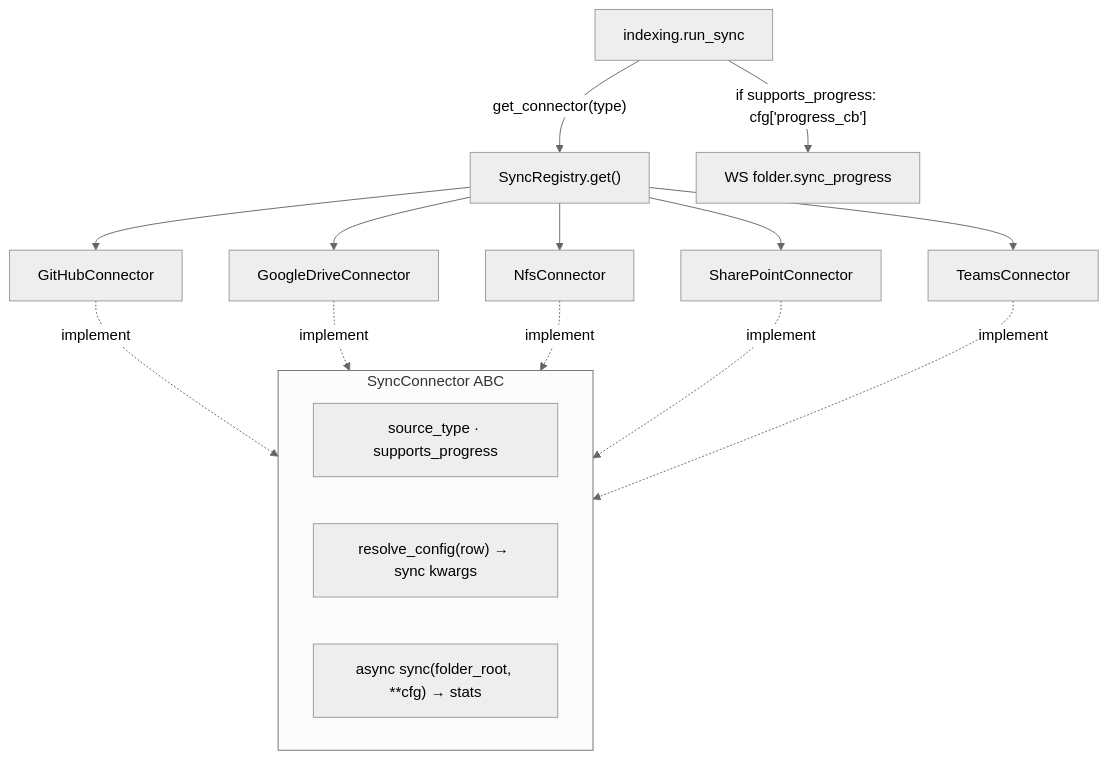
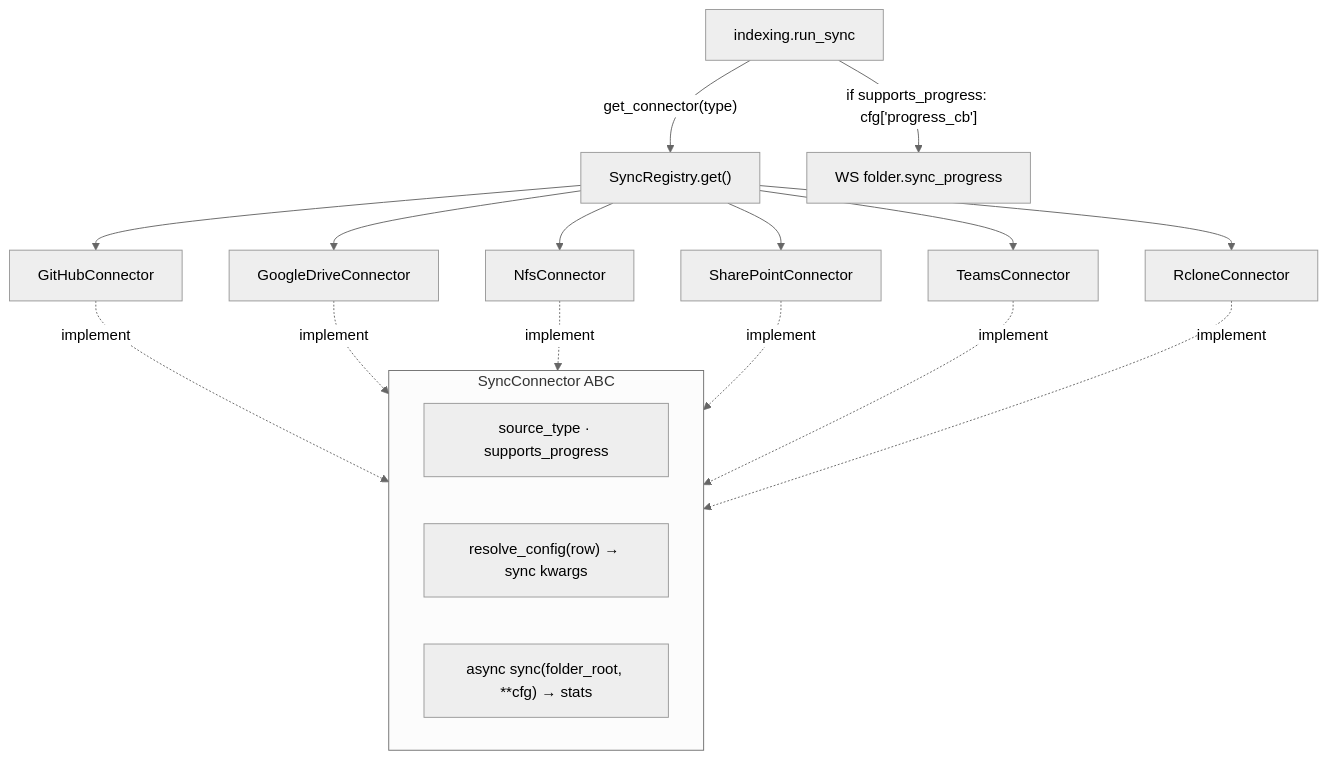
One commit to voitta-ai/voitta-rag-enterprise changed diagram 16 of 19 in docs/OPERATIONS.md. Above: the diagram before and after it, drawn with Mermaid (neutral theme). The commit also changed other lines of this file and 14 other files, not shown here.

````diff
--- a/docs/OPERATIONS.md
+++ b/docs/OPERATIONS.md
@@ -834,12 +885,12 @@
 ```mermaid
 flowchart TB
     RS["indexing.run_sync"] -->|"get_connector(type)"| REG["SyncRegistry.get()"]
-    REG --> C1["GitHubConnector"] & C2["GoogleDriveConnector"] & C3["NfsConnector"] & C4["SharePointConnector"] & C5["TeamsConnector"]
+    REG --> C1["GitHubConnector"] & C2["GoogleDriveConnector"] & C3["NfsConnector"] & C4["SharePointConnector"] & C5["TeamsConnector"] & C6["RcloneConnector"]
     subgraph contract["SyncConnector ABC"]
         M1["source_type · supports_progress"]
         M2["resolve_config(row) → sync kwargs"]
         M3["async sync(folder_root, **cfg) → stats"]
     end
-    C1 & C2 & C3 & C4 & C5 -.implement.-> contract
+    C1 & C2 & C3 & C4 & C5 & C6 -.implement.-> contract
     RS -->|"if supports_progress: cfg['progress_cb']"| PROG["WS folder.sync_progress"]
 ```
````
